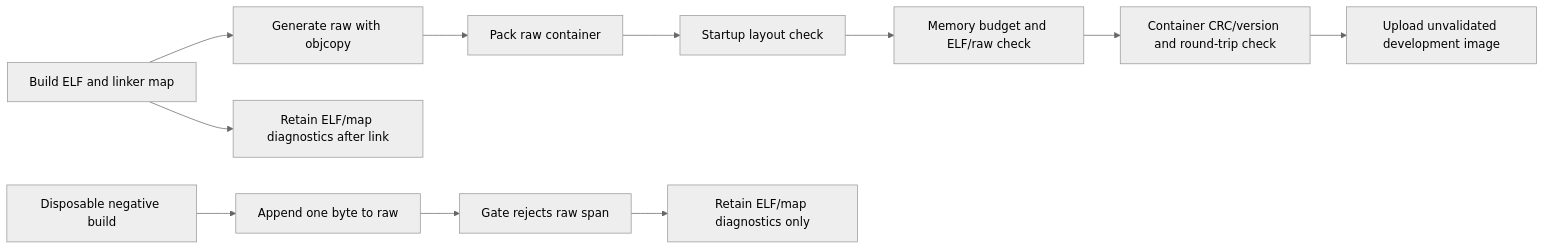
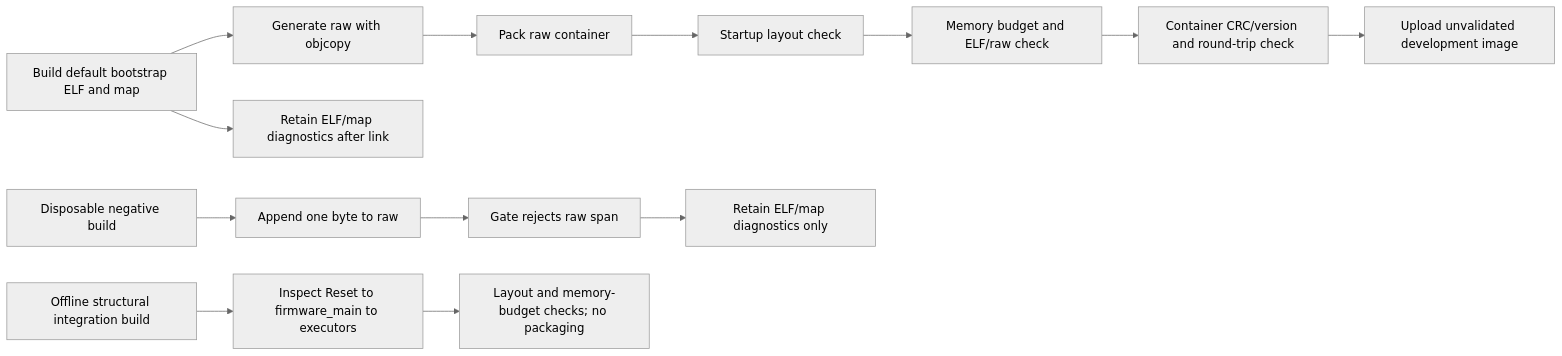
One commit to m0hdy/uv-k5-rust-firmware changed the second of 2 diagrams in README.md. Above: the diagram before and after it, drawn with Mermaid (neutral theme). The commit also changed other lines of this file and 45 other files, not shown here.

````diff
--- a/README.md
+++ b/README.md
@@ -102,13 +107,15 @@
 ```mermaid
 flowchart LR
-  A[Build ELF and linker map] --> B[Generate raw with objcopy]
+  A[Build default bootstrap ELF and map] --> B[Generate raw with objcopy]
   B --> C[Pack raw container]
   C --> D[Startup layout check]
   D --> E[Memory budget and ELF/raw check]
   E --> F[Container CRC/version and round-trip check]
   F --> G[Upload unvalidated development image]
   A --> H[Retain ELF/map diagnostics after link]
   I[Disposable negative build] --> J[Append one byte to raw]
   J --> K[Gate rejects raw span]
   K --> L[Retain ELF/map diagnostics only]
+  M[Offline structural integration build] --> N[Inspect Reset to firmware_main to executors]
+  N --> O[Layout and memory-budget checks; no packaging]
 ```
````
